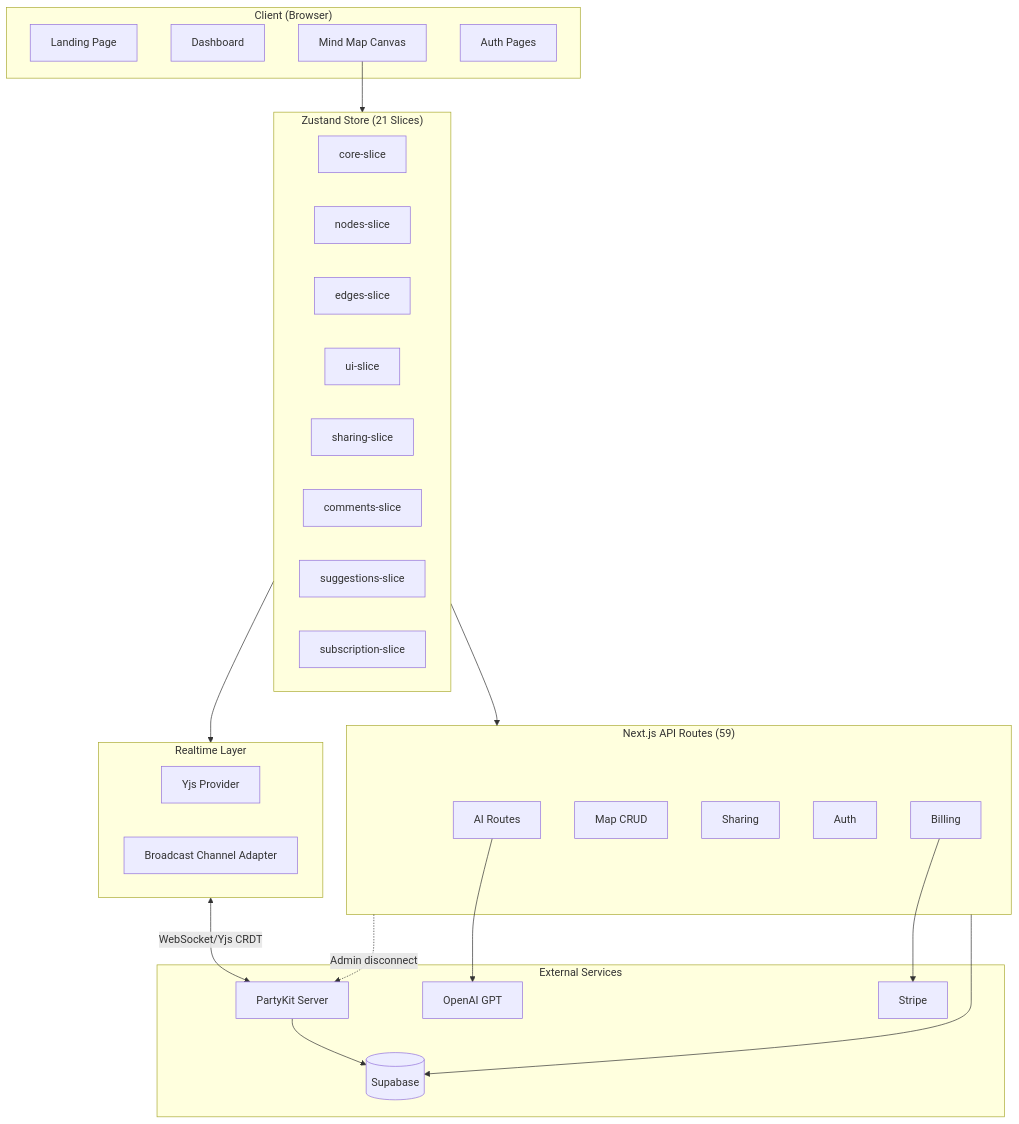
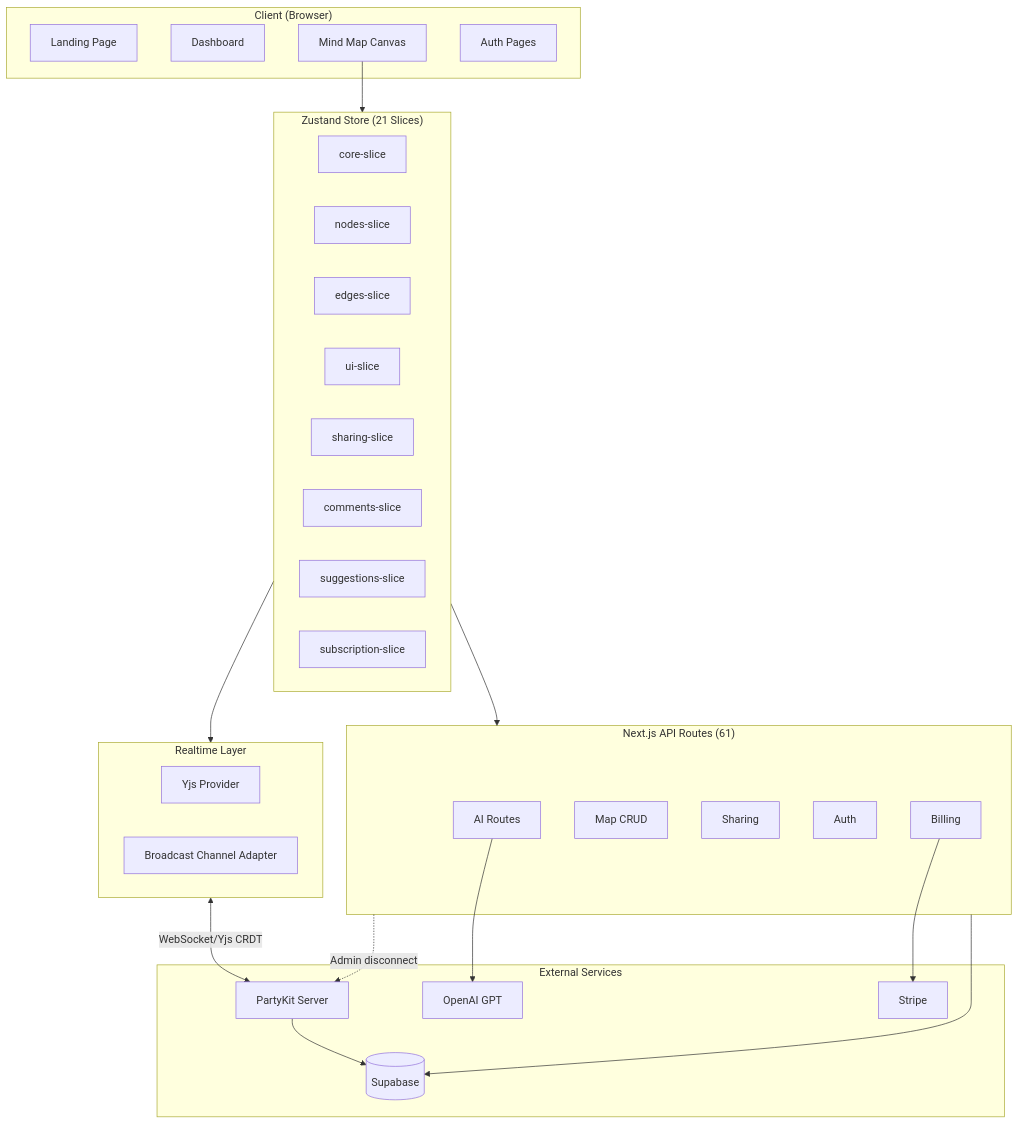
The first of 6 diagrams in docs/CODEBASE_MAP.md (kudziajaroslaw98/moistus-ai), drawn with Mermaid before and after one commit. The commit also changed other lines of this file and 7 other files, not shown here.

````diff
--- a/docs/CODEBASE_MAP.md
+++ b/docs/CODEBASE_MAP.md
@@ -24,50 +25,50 @@
 ```mermaid
 graph TB
     subgraph Client["Client (Browser)"]
         Landing[Landing Page]
         Dashboard[Dashboard]
         Canvas[Mind Map Canvas]
         Auth[Auth Pages]
     end
 
     subgraph State["Zustand Store (21 Slices)"]
         Core[core-slice]
         Nodes[nodes-slice]
         Edges[edges-slice]
         UI[ui-slice]
         Sharing[sharing-slice]
         Comments[comments-slice]
         AI[suggestions-slice]
         Subs[subscription-slice]
     end
 
     subgraph Realtime["Realtime Layer"]
         YjsProvider[Yjs Provider]
         BroadcastAdapter[Broadcast Channel Adapter]
     end
 
-    subgraph API["Next.js API Routes (59)"]
+    subgraph API["Next.js API Routes (61)"]
         AIRoutes[AI Routes]
         MapRoutes[Map CRUD]
         ShareRoutes[Sharing]
         AuthRoutes[Auth]
         BillingRoutes[Billing]
     end
 
     subgraph External["External Services"]
         Supabase[(Supabase)]
         PartyKit[PartyKit Server]
         OpenAI[OpenAI GPT]
         Stripe[Stripe]
     end
 
     Canvas --> State
     State --> Realtime
     Realtime <-->|WebSocket/Yjs CRDT| PartyKit
     PartyKit --> Supabase
     State --> API
     API --> Supabase
     AIRoutes --> OpenAI
     BillingRoutes --> Stripe
     API -.->|Admin disconnect| PartyKit
 ```
````
